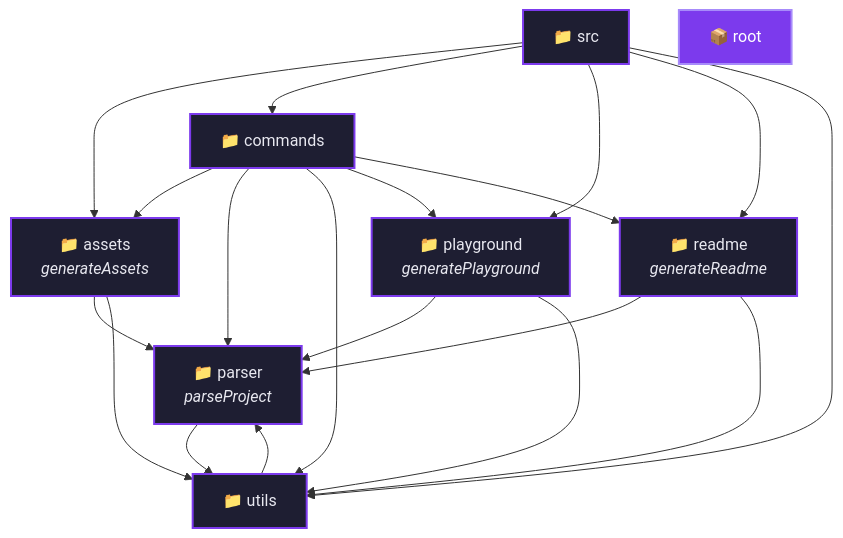
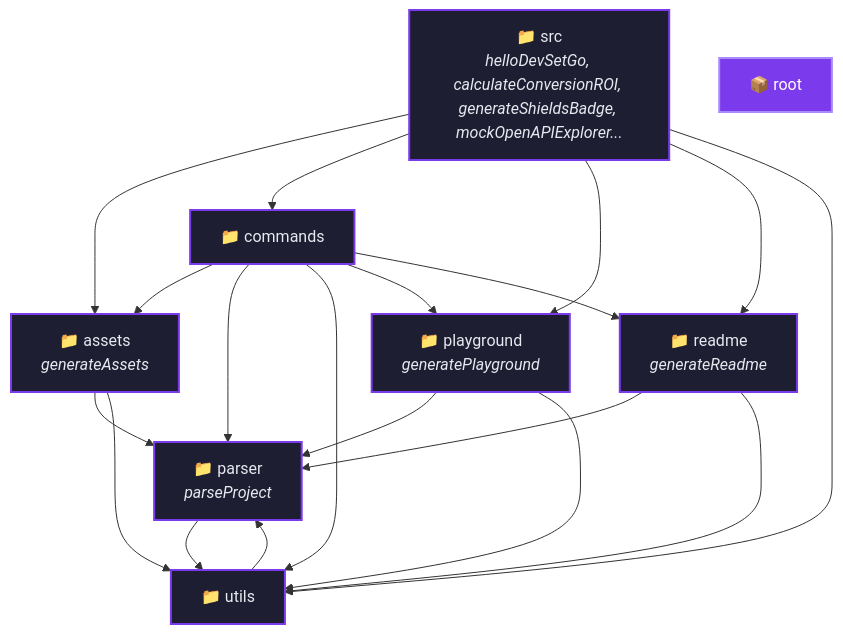
Before and after one commit to abdullahbilal-y/devsetgo: the diagram in assets/diagrams/architecture.mermaid, drawn with Mermaid. The commit also changed 10 other files, not shown here.

```diff
--- a/assets/diagrams/architecture.mermaid
+++ b/assets/diagrams/architecture.mermaid
@@ -1,31 +1,31 @@
 graph TB
     classDef moduleStyle fill:#1e1e32,stroke:#7c3aed,stroke-width:2px,color:#e8e8f0
     classDef rootStyle fill:#7c3aed,stroke:#a78bfa,stroke-width:2px,color:#ffffff
 
     assets["📁 assets<br/><i>generateAssets</i>"]:::moduleStyle
-    src["📁 src"]:::moduleStyle
+    src["📁 src<br/><i>helloDevSetGo, calculateConversionROI, generateShieldsBadge, mockOpenAPIExplorer...</i>"]:::moduleStyle
     commands["📁 commands"]:::moduleStyle
     parser["📁 parser<br/><i>parseProject</i>"]:::moduleStyle
     playground["📁 playground<br/><i>generatePlayground</i>"]:::moduleStyle
     readme["📁 readme<br/><i>generateReadme</i>"]:::moduleStyle
     utils["📁 utils"]:::moduleStyle
     root["📦 root"]:::rootStyle
 
     assets --> parser
     assets --> utils
     src --> assets
     src --> commands
     src --> playground
     src --> readme
     src --> utils
     commands --> assets
     commands --> parser
     commands --> utils
     commands --> playground
     commands --> readme
     parser --> utils
     playground --> parser
     playground --> utils
     readme --> parser
     readme --> utils
     utils --> parser
```
